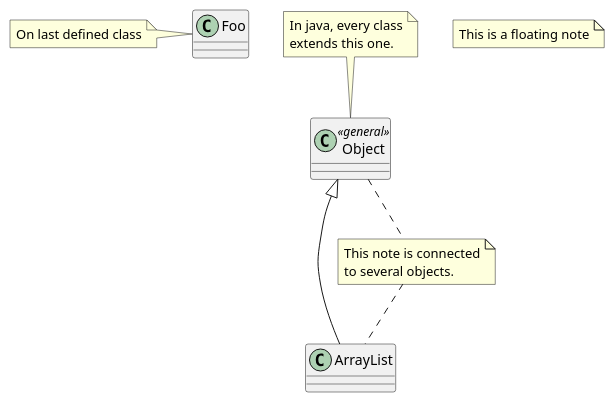
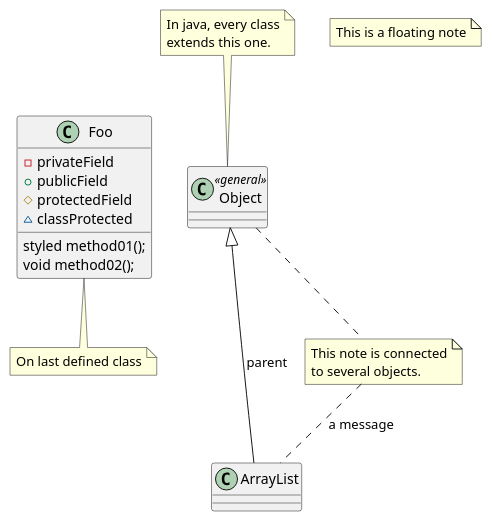
One commit to Drakemor/RedDress-PlantUML changed the diagram in example.puml. Above: the diagram before and after it, drawn with PlantUML. The commit also changed 3 other files, not shown here.

```diff
--- a/example.puml
+++ b/example.puml
@@ -1,14 +1,23 @@
+@startuml 
 class Object << general >>
-Object <|--- ArrayList
+Object <|--- ArrayList : parent
 
 note top of Object : In java, every class\nextends this one.
 
 note "This is a floating note" as N1
 note "This note is connected\nto several objects." as N2
 Object .. N2
-N2 .. ArrayList
+N2 .. ArrayList : a message
 
-class Foo
-note left: On last defined class
+class Foo {
+  -privateField
+  +publicField
+  #protectedField
+  ~classProtected
+  styled method01();
+  void method02();
+}
+note bottom: On last defined class
 
+Foo -[hidden]> Object
 @enduml
```
